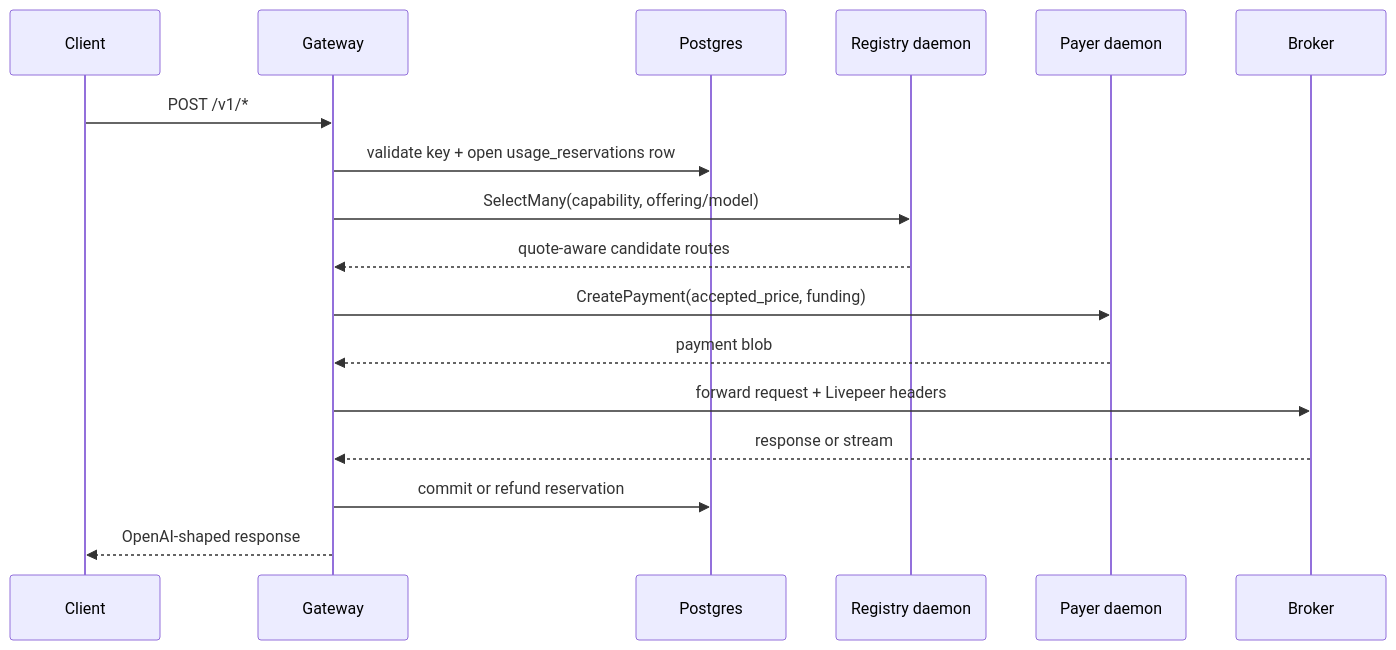
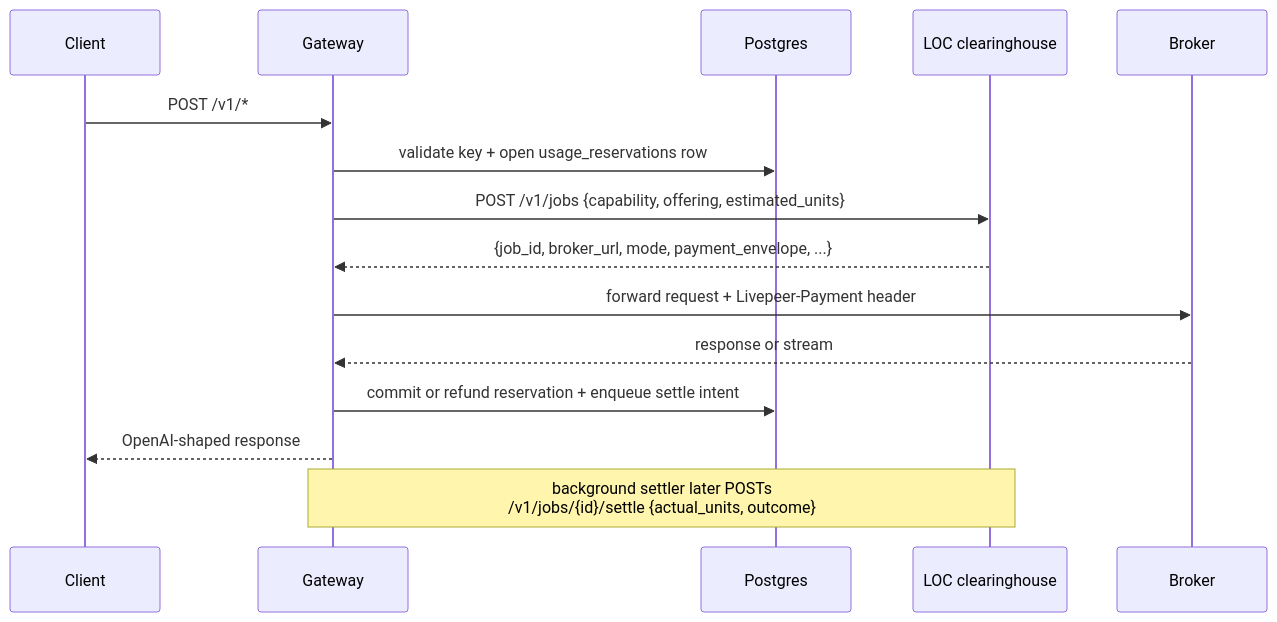
The third of 4 diagrams in README.md (Cloud-SPE/livepeer-modules-openai-gateway), drawn with Mermaid before and after one commit. The commit also changed other lines of this file and 67 other files, not shown here.

````diff
--- a/README.md
+++ b/README.md
@@ -120,20 +120,18 @@
 ```mermaid
 sequenceDiagram
   participant C as Client
   participant G as Gateway
   participant DB as Postgres
-  participant R as Registry daemon
-  participant P as Payer daemon
+  participant L as LOC clearinghouse
   participant B as Broker
 
   C->>G: POST /v1/*
   G->>DB: validate key + open usage_reservations row
-  G->>R: SelectMany(capability, offering/model)
-  R-->>G: quote-aware candidate routes
-  G->>P: CreatePayment(accepted_price, funding)
-  P-->>G: payment blob
-  G->>B: forward request + Livepeer headers
+  G->>L: POST /v1/jobs {capability, offering, estimated_units}
+  L-->>G: {job_id, broker_url, mode, payment_envelope, ...}
+  G->>B: forward request + Livepeer-Payment header
   B-->>G: response or stream
-  G->>DB: commit or refund reservation
+  G->>DB: commit or refund reservation + enqueue settle intent
   G-->>C: OpenAI-shaped response
+  Note over G,L: background settler later POSTs<br/>/v1/jobs/{id}/settle {actual_units, outcome}
 ```
````
